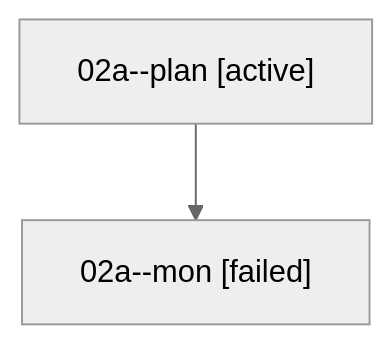
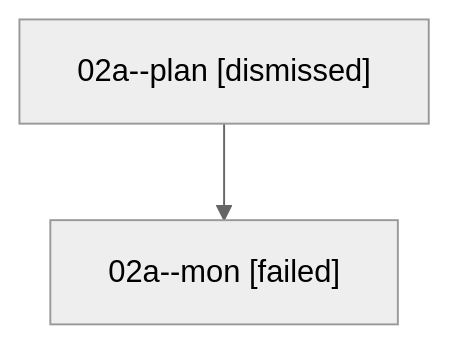
One commit to bobs-org/bob-cli--agents changed the diagram in sessions/bbugyi200.athena.02a.md. Above: the diagram before and after it, drawn with Mermaid (neutral theme). The commit also changed other lines of this file and 27 other files, not shown here.

````diff
--- a/sessions/bbugyi200.athena.02a.md
+++ b/sessions/bbugyi200.athena.02a.md
@@ -9,6 +9,6 @@
 ```mermaid
 flowchart TD
-  n0["02a--plan [active]"]
+  n0["02a--plan [dismissed]"]
   n1["02a--mon [failed]"]
   n0 --> n1
 ```
````
